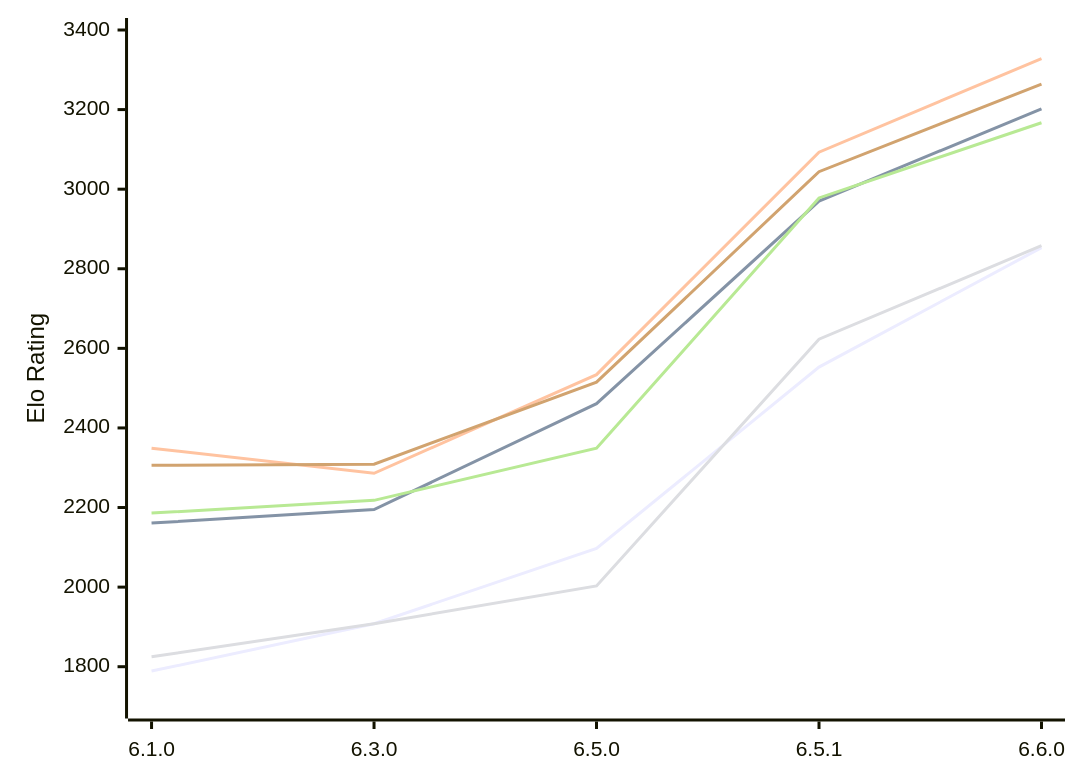
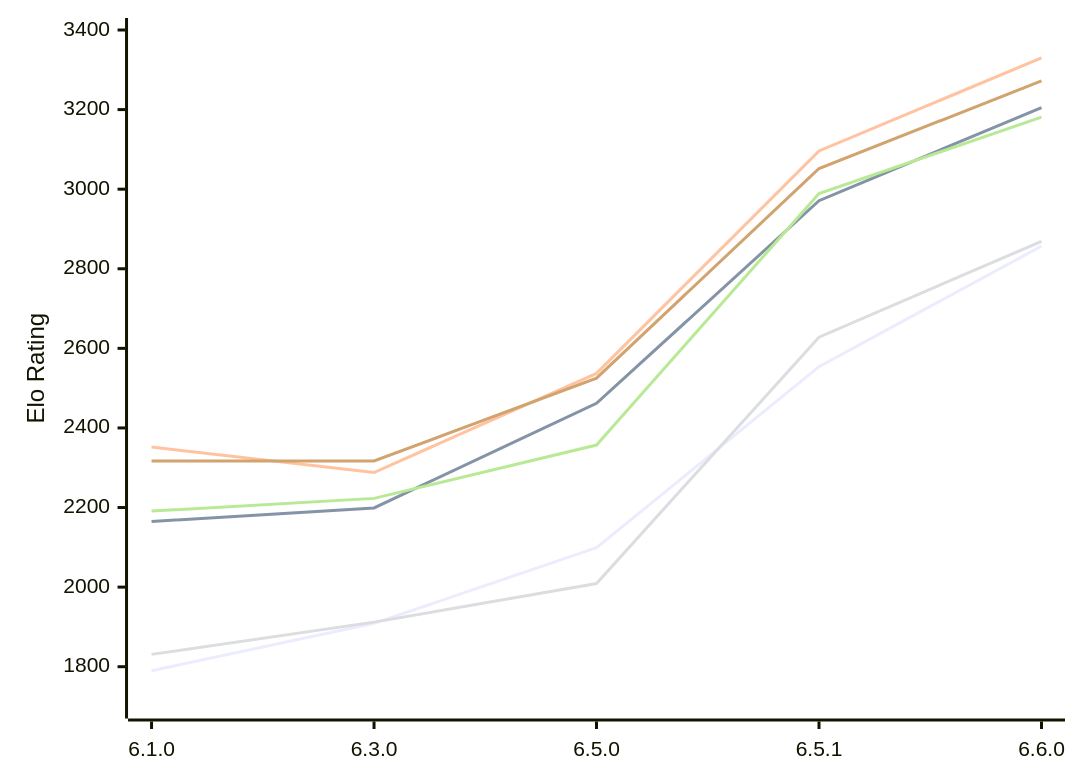
The diagram in engines/Luminex.md (computer-chess-index/cci), drawn with Mermaid before and after one commit. The commit also changed other lines of this file, not shown here.

Commit message:
Update CCI Ratings (ELO VLTC) - 2026-11-25

````diff
--- a/engines/Luminex.md
+++ b/engines/Luminex.md
@@ -55,12 +55,12 @@
 ```mermaid
 %%{init: {"theme":"base","themeVariables":{"seriesColors:['#a3a3a3','#222221','#faa371']}}}%%
 xychart-beta
   x-axis ["6.1.0", "6.3.0", "6.5.0", "6.5.1", "6.6.0"]
   y-axis "Elo Rating" 1700 --> 3400
-  line "E1: STC (8.0+0.08s)" [1789, 1908, 2097, 2553, 2853]
-  line "E1: LTC (60.0+0.60s)" [2161, 2195, 2461, 2970, 3202]
-  line "E1: VLTC (2m24s+1.12s)" [2349, 2286, 2534, 3093, 3328]
-  line "P1: STC (8.0+0.08s)" [1825, 1908, 2003, 2623, 2858]
-  line "P1: LTC (60.0+0.60s)" [2186, 2218, 2349, 2978, 3167]
-  line "P1: VLTC (2m24s+1.12s)" [2306, 2309, 2515, 3044, 3264]
+  line "E1: STC (8.0+0.08s)" [1790, 1909, 2099, 2554, 2857]
+  line "E1: LTC (60.0+0.60s)" [2165, 2199, 2462, 2971, 3205]
+  line "E1: VLTC (2m24s+1.12s)" [2352, 2288, 2537, 3096, 3330]
+  line "P1: STC (8.0+0.08s)" [1831, 1912, 2009, 2628, 2869]
+  line "P1: LTC (60.0+0.60s)" [2191, 2223, 2357, 2989, 3181]
+  line "P1: VLTC (2m24s+1.12s)" [2317, 2317, 2525, 3052, 3272]
 ```
````
